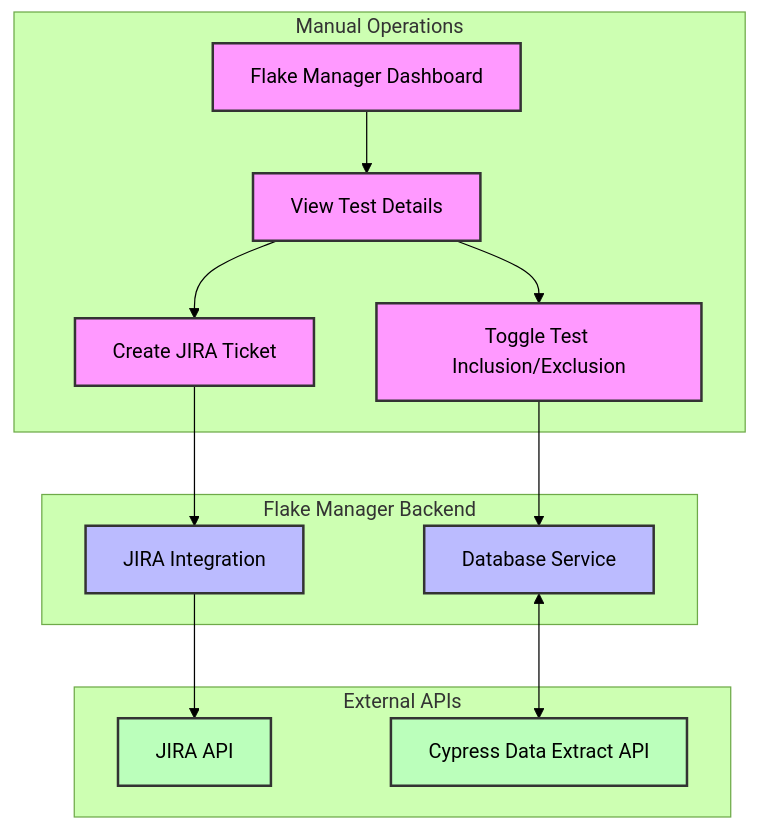
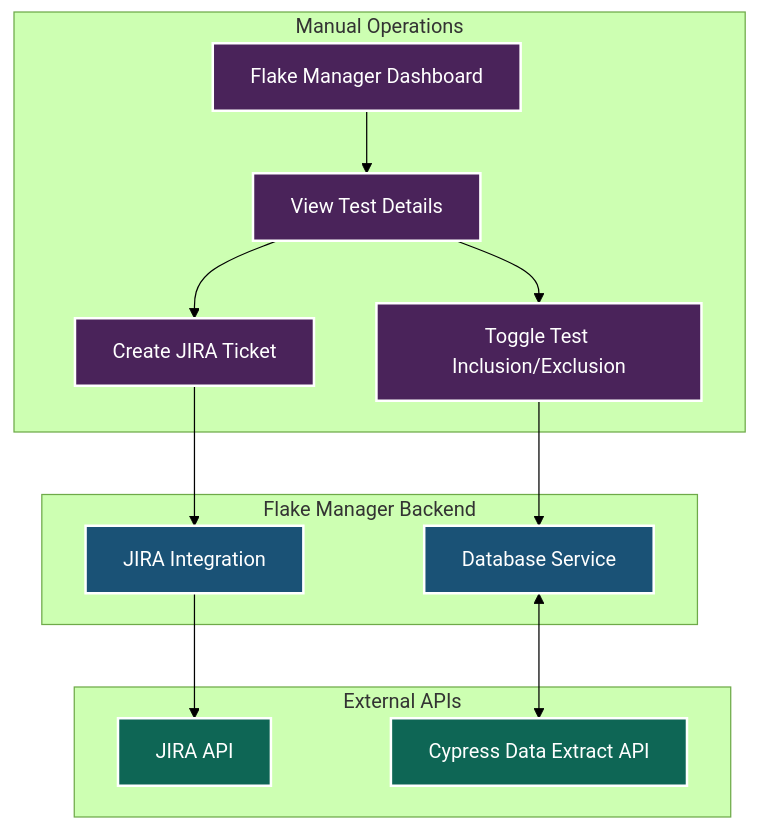
The second of 2 diagrams in docs/flake-manager-workflow.md (malinmalliyawadu/FlakeManager), drawn with Mermaid (forest theme) before and after one commit. The commit also changed other lines of this file, not shown here.

Commit message:
Update flake-manager workflow diagram styling for dark mode readability
- Adjusted color definitions for various classes in the flowchart to enhance visibility in dark mode.
- Ensured consistent styling across all elements for improved user experience.

````diff
--- a/docs/flake-manager-workflow.md
+++ b/docs/flake-manager-workflow.md
@@ -61,41 +61,41 @@
 ```mermaid
 flowchart TB
     %% UI operations
     subgraph "Manual Operations"
         ui[Flake Manager Dashboard]
         view[View Test Details]
         toggle[Toggle Test Inclusion/Exclusion]
         createTicket[Create JIRA Ticket]
 
         ui --> view
         view --> toggle
         view --> createTicket
     end
 
     %% Backend services
     subgraph "Flake Manager Backend"
         dbService[Database Service]
         jiraIntegration[JIRA Integration]
     end
 
     %% External integrations
     subgraph "External APIs"
         jiraAPI[JIRA API]
         cypressAPI[Cypress Data Extract API]
     end
 
     %% Flow connections
     toggle --> dbService
     createTicket --> jiraIntegration
     jiraIntegration --> jiraAPI
     dbService <--> cypressAPI
 
-    %% Styling
-    classDef manual fill:#f9f,stroke:#333,stroke-width:2px
-    classDef backend fill:#bbf,stroke:#333,stroke-width:2px
-    classDef external fill:#bfb,stroke:#333,stroke-width:2px
+    %% Styling - adjusted for dark mode readability
+    classDef manual fill:#4a235a,stroke:#ffffff,stroke-width:2px,color:#ffffff
+    classDef backend fill:#1a5276,stroke:#ffffff,stroke-width:2px,color:#ffffff
+    classDef external fill:#0e6655,stroke:#ffffff,stroke-width:2px,color:#ffffff
 
     class ui,view,toggle,createTicket manual
     class dbService,jiraIntegration backend
     class jiraAPI,cypressAPI external
 ```
````
